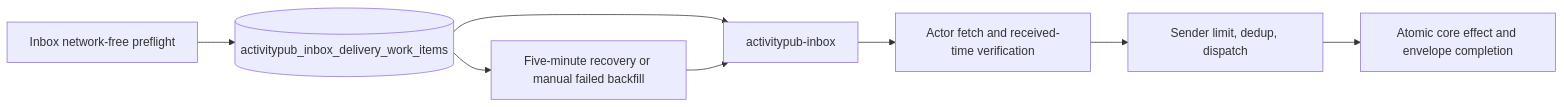
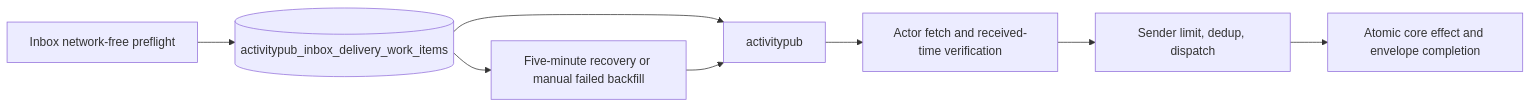
The diagram in docs/overview/architecture/reference-fediverse-federation-phase-c-outbound-activitypub-resurrect-the-removed-federation-server-shipped.md (vouchington/vouchington), drawn with Mermaid before and after one commit. The commit also changed 1 other file, not shown here.

Commit message:
docs(activitypub): update merged queue references

````diff
--- a/docs/overview/architecture/reference-fediverse-federation-phase-c-outbound-activitypub-resurrect-the-removed-federation-server-shipped.md
+++ b/docs/overview/architecture/reference-fediverse-federation-phase-c-outbound-activitypub-resurrect-the-removed-federation-server-shipped.md
@@ -95,10 +95,10 @@
 ```mermaid
 flowchart LR
   API[Inbox network-free preflight] --> DB[(activitypub_inbox_delivery_work_items)]
-  DB --> Q[activitypub-inbox]
+  DB --> Q[activitypub]
   Q --> W[Actor fetch and received-time verification]
   W --> D[Sender limit, dedup, dispatch]
   D --> X[Atomic core effect and envelope completion]
   DB --> R[Five-minute recovery or manual failed backfill]
   R --> Q
 ```
````
